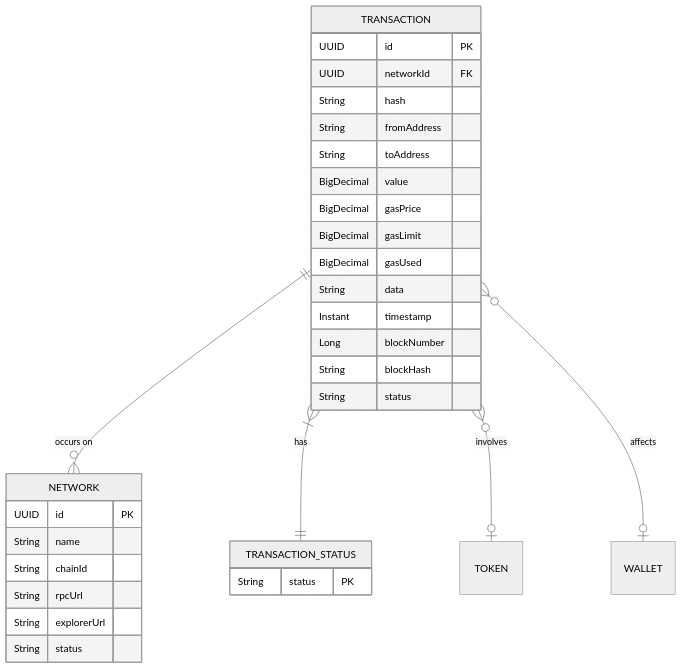
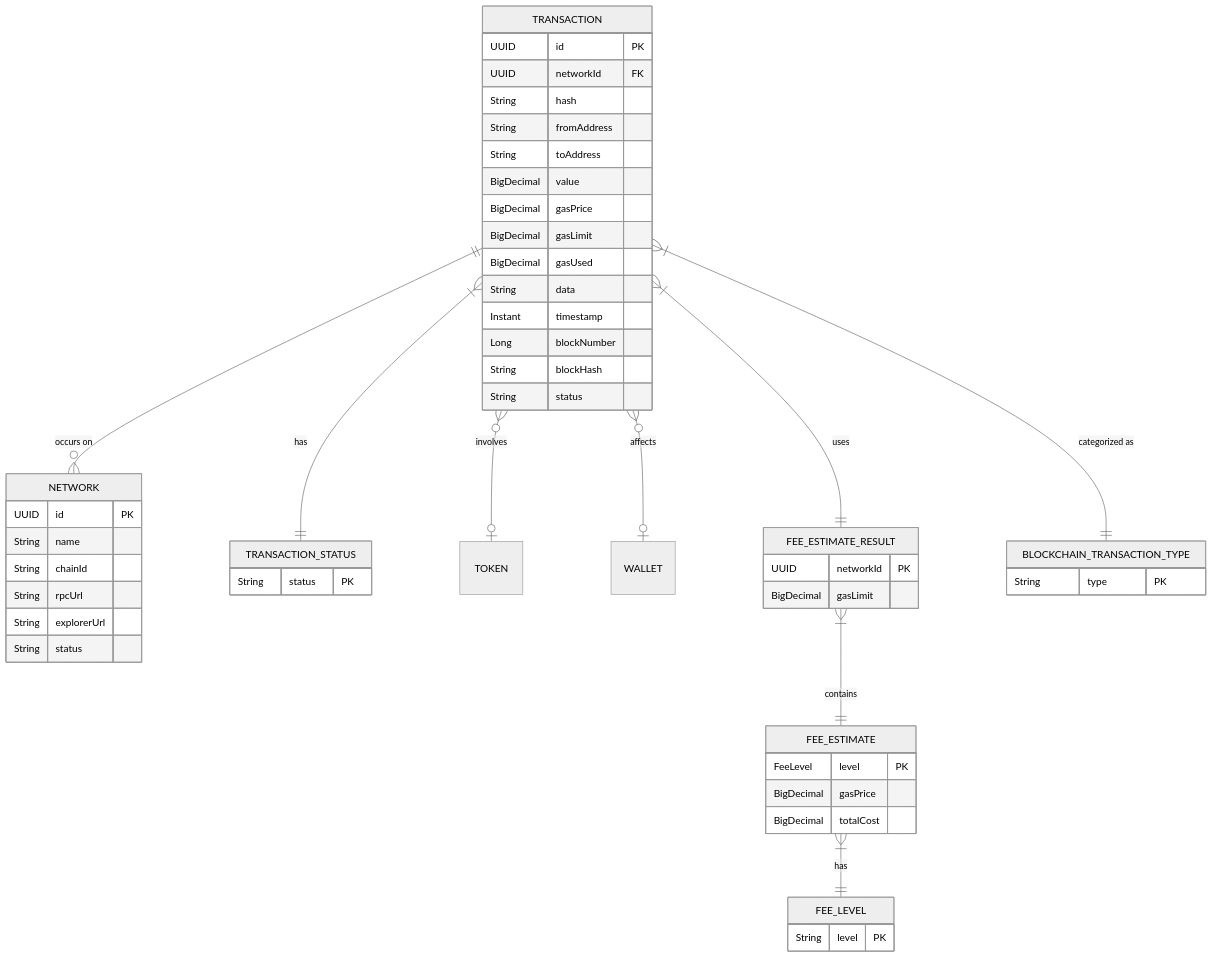
One commit to italoag/wallet changed the sixth of 11 diagrams in .qoder/repowiki/en/content/Domain Model & Data Structures/Transaction.md. Above: the diagram before and after it, drawn with Mermaid (neutral theme). The commit also changed other lines of this file and 195 other files, not shown here.

````diff
--- a/.qoder/repowiki/en/content/Domain Model & Data Structures/Transaction.md
+++ b/.qoder/repowiki/en/content/Domain Model & Data Structures/Transaction.md
@@ -258,34 +281,53 @@
 ```mermaid
 erDiagram
 TRANSACTION ||--o{ NETWORK : "occurs on"
 TRANSACTION }|--|| TRANSACTION_STATUS : "has"
 TRANSACTION }o--o| TOKEN : "involves"
 TRANSACTION }o--o| WALLET : "affects"
+TRANSACTION }|--|| FEE_ESTIMATE_RESULT : "uses"
+FEE_ESTIMATE_RESULT }|--|| FEE_ESTIMATE : "contains"
+FEE_ESTIMATE }|--|| FEE_LEVEL : "has"
+TRANSACTION }|--|| BLOCKCHAIN_TRANSACTION_TYPE : "categorized as"
 TRANSACTION {
 UUID id PK
 UUID networkId FK
 String hash
 String fromAddress
 String toAddress
 BigDecimal value
 BigDecimal gasPrice
 BigDecimal gasLimit
 BigDecimal gasUsed
 String data
 Instant timestamp
 Long blockNumber
 String blockHash
 String status
 }
 NETWORK {
 UUID id PK
 String name
 String chainId
 String rpcUrl
 String explorerUrl
 String status
 }
 TRANSACTION_STATUS {
 String status PK
 }
+FEE_ESTIMATE_RESULT {
+UUID networkId PK
+BigDecimal gasLimit
+}
+FEE_ESTIMATE {
+FeeLevel level PK
+BigDecimal gasPrice
+BigDecimal totalCost
+}
+FEE_LEVEL {
+String level PK
+}
+BLOCKCHAIN_TRANSACTION_TYPE {
+String type PK
+}
 ```
````
